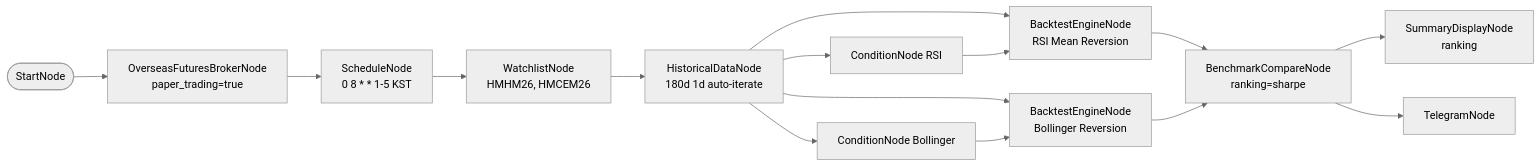
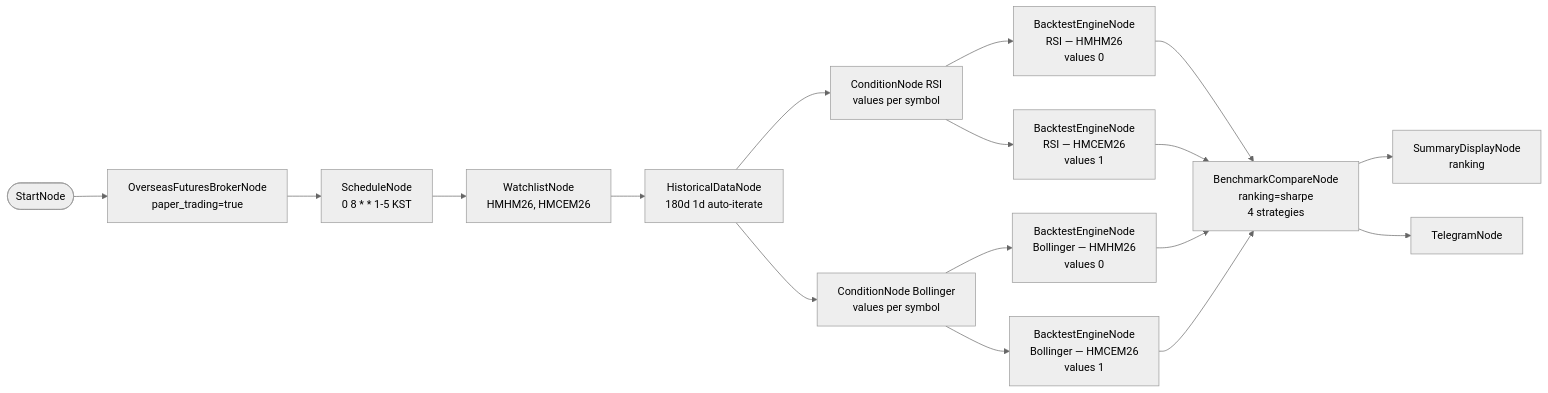
The diagram in src/programgarden/examples/workflows/84-hkex-backtest-schedule-report.md (programgarden/programgarden), drawn with Mermaid (neutral theme) before and after one commit. The commit also changed other lines of this file and 6 other files, not shown here.

````diff
--- a/src/programgarden/examples/workflows/84-hkex-backtest-schedule-report.md
+++ b/src/programgarden/examples/workflows/84-hkex-backtest-schedule-report.md
@@ -38,21 +44,23 @@
 ```mermaid
 flowchart LR
     start([StartNode]) --> broker[OverseasFuturesBrokerNode<br/>paper_trading=true]
     broker --> schedule[ScheduleNode<br/>0 8 * * 1-5 KST]
     schedule --> watchlist[WatchlistNode<br/>HMHM26, HMCEM26]
     watchlist --> historical[HistoricalDataNode<br/>180d 1d auto-iterate]
 
-    historical --> rsi[ConditionNode RSI]
-    historical --> boll[ConditionNode Bollinger]
+    historical --> rsi[ConditionNode RSI<br/>values per symbol]
+    historical --> boll[ConditionNode Bollinger<br/>values per symbol]
 
-    historical --> btrsi[BacktestEngineNode<br/>RSI Mean Reversion]
-    rsi --> btrsi
-    historical --> btboll[BacktestEngineNode<br/>Bollinger Reversion]
-    boll --> btboll
+    rsi --> btrsi0[BacktestEngineNode<br/>RSI — HMHM26<br/>values 0]
+    rsi --> btrsi1[BacktestEngineNode<br/>RSI — HMCEM26<br/>values 1]
+    boll --> btboll0[BacktestEngineNode<br/>Bollinger — HMHM26<br/>values 0]
+    boll --> btboll1[BacktestEngineNode<br/>Bollinger — HMCEM26<br/>values 1]
 
-    btrsi --> bench[BenchmarkCompareNode<br/>ranking=sharpe]
-    btboll --> bench
+    btrsi0 --> bench[BenchmarkCompareNode<br/>ranking=sharpe<br/>4 strategies]
+    btrsi1 --> bench
+    btboll0 --> bench
+    btboll1 --> bench
 
     bench --> summary[SummaryDisplayNode<br/>ranking]
     bench --> telegram[TelegramNode]
 ```
````
